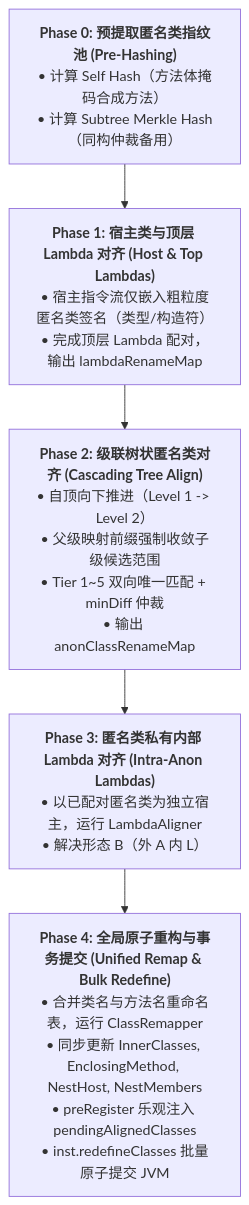
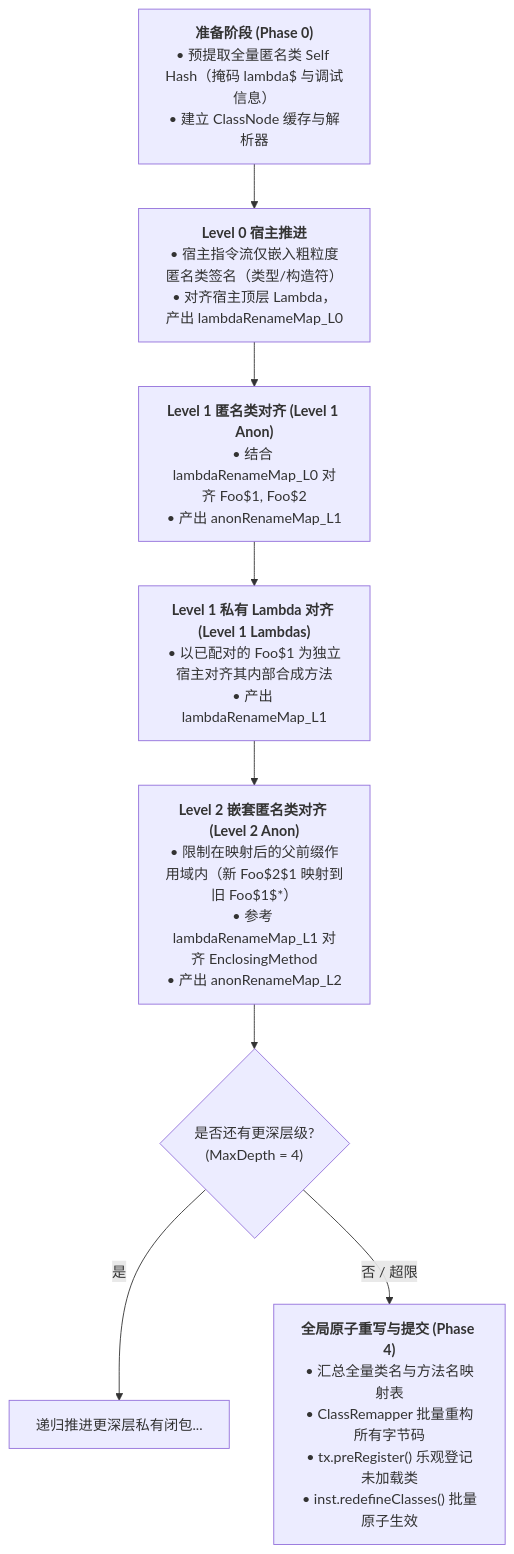
The diagram in docs/ANONYMOUS_CLASS_TOPOLOGY_PLAN.md (I-hope1/mod-tools), drawn with Mermaid before and after one commit. The commit also changed other lines of this file, not shown here.

Commit message:
docs: upgrade anonymous class cascading topology and hybrid pipeline specification to v3.0

````diff
--- a/docs/ANONYMOUS_CLASS_TOPOLOGY_PLAN.md
+++ b/docs/ANONYMOUS_CLASS_TOPOLOGY_PLAN.md
@@ -76,8 +64,11 @@
 ```mermaid
 flowchart TD
-    P0["<b>Phase 0: 预提取匿名类指纹池 (Pre-Hashing)</b><br/>• 计算 Self Hash（方法体掩码合成方法）<br/>• 计算 Subtree Merkle Hash（同构仲裁备用）"]
-    --> P1["<b>Phase 1: 宿主类与顶层 Lambda 对齐 (Host & Top Lambdas)</b><br/>• 宿主指令流仅嵌入粗粒度匿名类签名（类型/构造符）<br/>• 完成顶层 Lambda 配对，输出 lambdaRenameMap"]
-    --> P2["<b>Phase 2: 级联树状匿名类对齐 (Cascading Tree Align)</b><br/>• 自顶向下推进（Level 1 -> Level 2）<br/>• 父级映射前缀强制收敛子级候选范围<br/>• Tier 1~5 双向唯一匹配 + minDiff 仲裁<br/>• 输出 anonClassRenameMap"]
-    --> P3["<b>Phase 3: 匿名类私有内部 Lambda 对齐 (Intra-Anon Lambdas)</b><br/>• 以已配对匿名类为独立宿主，运行 LambdaAligner<br/>• 解决形态 B（外 A 内 L）"]
-    --> P4["<b>Phase 4: 全局原子重构与事务提交 (Unified Remap & Bulk Redefine)</b><br/>• 合并类名与方法名重命名表，运行 ClassRemapper<br/>• 同步更新 InnerClasses, EnclosingMethod, NestHost, NestMembers<br/>• preRegister 乐观注入 pendingAlignedClasses<br/>• inst.redefineClasses 批量原子提交 JVM"]
+    Init["<b>准备阶段 (Phase 0)</b><br/>• 预提取全量匿名类 Self Hash（掩码 lambda$ 与调试信息）<br/>• 建立 ClassNode 缓存与解析器"]
+    --> L0["<b>Level 0 宿主推进</b><br/>• 宿主指令流仅嵌入粗粒度匿名类签名（类型/构造符）<br/>• 对齐宿主顶层 Lambda，产出 lambdaRenameMap_L0"]
+    --> L1_Anon["<b>Level 1 匿名类对齐 (Level 1 Anon)</b><br/>• 结合 lambdaRenameMap_L0 对齐 Foo$1, Foo$2<br/>• 产出 anonRenameMap_L1"]
+    --> L1_Lambda["<b>Level 1 私有 Lambda 对齐 (Level 1 Lambdas)</b><br/>• 以已配对的 Foo$1 为独立宿主对齐其内部合成方法<br/>• 产出 lambdaRenameMap_L1"]
+    --> L2_Anon["<b>Level 2 嵌套匿名类对齐 (Level 2 Anon)</b><br/>• 限制在映射后的父前缀作用域内（新 Foo$2$1 映射到旧 Foo$1$*）<br/>• 参考 lambdaRenameMap_L1 对齐 EnclosingMethod<br/>• 产出 anonRenameMap_L2"]
+    --> CheckDepth{"是否还有更深层级?<br/>(MaxDepth = 4)"}
+    CheckDepth -- 是 --> L2_Lambda["递归推进更深层私有闭包..."]
+    CheckDepth -- 否 / 超限 --> GlobalCommit["<b>全局原子重写与提交 (Phase 4)</b><br/>• 汇总全量类名与方法名映射表<br/>• ClassRemapper 批量重构所有字节码<br/>• tx.preRegister() 乐观登记未加载类<br/>• inst.redefineClasses() 批量原子生效"]
 ```
````
